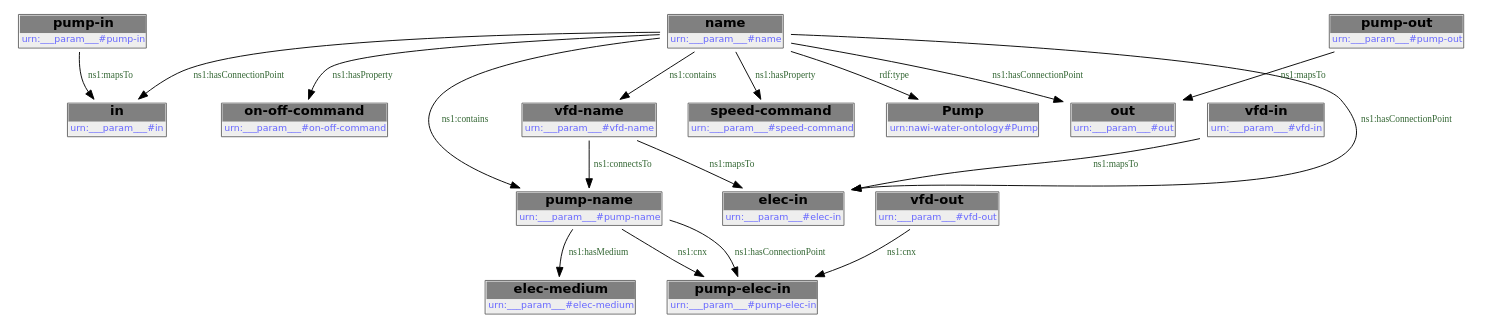
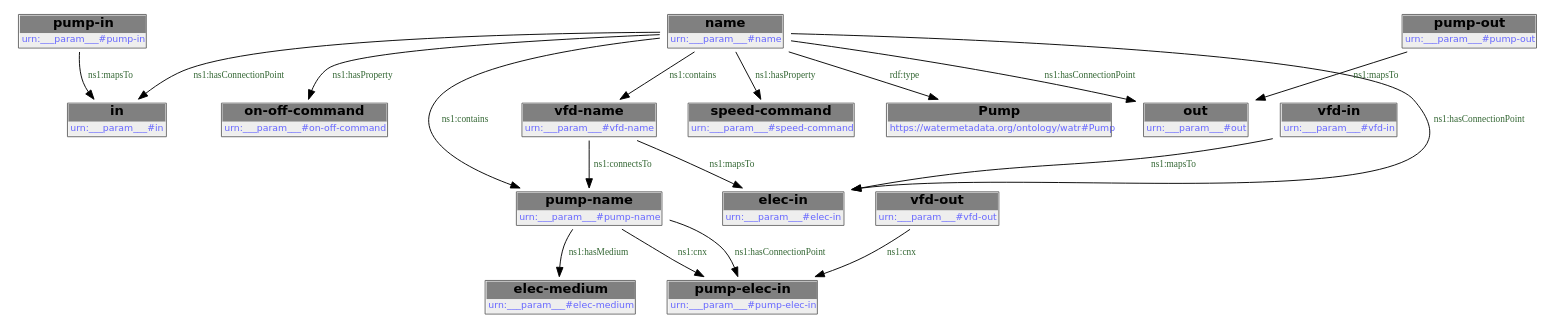
The first of 2 diagrams in docs/libraries/templates/pump-with-vfd.rst (DataDrivenCPS/water-ontology), drawn with Graphviz before and after one commit. The commit also changed other lines of this file and 43 other files, not shown here.

First line of the commit message:
feat: move ontology to https://watermetadata.org base URI

```diff
--- a/docs/libraries/templates/pump-with-vfd.rst
+++ b/docs/libraries/templates/pump-with-vfd.rst
@@ -177,37 +177,37 @@
         .. graphviz::
 
                 digraph G {
             node [fontname="DejaVu Sans"];
             node0 -> node1 [color=BLACK, label=< <font point-size='10' color='#336633'>rdf:type</font> >];
             node0 -> node2 [color=BLACK, label=< <font point-size='10' color='#336633'>ns1:hasConnectionPoint</font> >];
             node0 -> node3 [color=BLACK, label=< <font point-size='10' color='#336633'>ns1:hasConnectionPoint</font> >];
             node0 -> node4 [color=BLACK, label=< <font point-size='10' color='#336633'>ns1:hasConnectionPoint</font> >];
             node0 -> node5 [color=BLACK, label=< <font point-size='10' color='#336633'>ns1:hasProperty</font> >];
             node6 -> node7 [color=BLACK, label=< <font point-size='10' color='#336633'>ns1:connectsTo</font> >];
             node0 -> node6 [color=BLACK, label=< <font point-size='10' color='#336633'>ns1:contains</font> >];
             node8 -> node4 [color=BLACK, label=< <font point-size='10' color='#336633'>ns1:mapsTo</font> >];
             node0 -> node9 [color=BLACK, label=< <font point-size='10' color='#336633'>ns1:hasProperty</font> >];
             node7 -> node10 [color=BLACK, label=< <font point-size='10' color='#336633'>ns1:cnx</font> >];
             node0 -> node7 [color=BLACK, label=< <font point-size='10' color='#336633'>ns1:contains</font> >];
             node7 -> node10 [color=BLACK, label=< <font point-size='10' color='#336633'>ns1:hasConnectionPoint</font> >];
             node6 -> node2 [color=BLACK, label=< <font point-size='10' color='#336633'>ns1:mapsTo</font> >];
             node11 -> node3 [color=BLACK, label=< <font point-size='10' color='#336633'>ns1:mapsTo</font> >];
             node12 -> node10 [color=BLACK, label=< <font point-size='10' color='#336633'>ns1:cnx</font> >];
             node13 -> node2 [color=BLACK, label=< <font point-size='10' color='#336633'>ns1:mapsTo</font> >];
             node7 -> node14 [color=BLACK, label=< <font point-size='10' color='#336633'>ns1:hasMedium</font> >];
             node0 [shape=none, color=black, label=< <table color='#666666' cellborder='0' cellspacing='0' border='1'><tr><td colspan='2' bgcolor='grey'><B>name</B></td></tr><tr><td href='urn:___param___#name' bgcolor='#eeeeee' colspan='2'><font point-size='10' color='#6666ff'>urn:___param___#name</font></td></tr></table> >];
-            node1 [shape=none, color=black, label=< <table color='#666666' cellborder='0' cellspacing='0' border='1'><tr><td colspan='2' bgcolor='grey'><B>Pump</B></td></tr><tr><td href='urn:nawi-water-ontology#Pump' bgcolor='#eeeeee' colspan='2'><font point-size='10' color='#6666ff'>urn:nawi-water-ontology#Pump</font></td></tr></table> >];
+            node1 [shape=none, color=black, label=< <table color='#666666' cellborder='0' cellspacing='0' border='1'><tr><td colspan='2' bgcolor='grey'><B>Pump</B></td></tr><tr><td href='https://watermetadata.org/ontology/watr#Pump' bgcolor='#eeeeee' colspan='2'><font point-size='10' color='#6666ff'>https://watermetadata.org/ontology/watr#Pump</font></td></tr></table> >];
             node2 [shape=none, color=black, label=< <table color='#666666' cellborder='0' cellspacing='0' border='1'><tr><td colspan='2' bgcolor='grey'><B>elec-in</B></td></tr><tr><td href='urn:___param___#elec-in' bgcolor='#eeeeee' colspan='2'><font point-size='10' color='#6666ff'>urn:___param___#elec-in</font></td></tr></table> >];
             node3 [shape=none, color=black, label=< <table color='#666666' cellborder='0' cellspacing='0' border='1'><tr><td colspan='2' bgcolor='grey'><B>in</B></td></tr><tr><td href='urn:___param___#in' bgcolor='#eeeeee' colspan='2'><font point-size='10' color='#6666ff'>urn:___param___#in</font></td></tr></table> >];
             node4 [shape=none, color=black, label=< <table color='#666666' cellborder='0' cellspacing='0' border='1'><tr><td colspan='2' bgcolor='grey'><B>out</B></td></tr><tr><td href='urn:___param___#out' bgcolor='#eeeeee' colspan='2'><font point-size='10' color='#6666ff'>urn:___param___#out</font></td></tr></table> >];
             node5 [shape=none, color=black, label=< <table color='#666666' cellborder='0' cellspacing='0' border='1'><tr><td colspan='2' bgcolor='grey'><B>on-off-command</B></td></tr><tr><td href='urn:___param___#on-off-command' bgcolor='#eeeeee' colspan='2'><font point-size='10' color='#6666ff'>urn:___param___#on-off-command</font></td></tr></table> >];
             node6 [shape=none, color=black, label=< <table color='#666666' cellborder='0' cellspacing='0' border='1'><tr><td colspan='2' bgcolor='grey'><B>vfd-name</B></td></tr><tr><td href='urn:___param___#vfd-name' bgcolor='#eeeeee' colspan='2'><font point-size='10' color='#6666ff'>urn:___param___#vfd-name</font></td></tr></table> >];
             node7 [shape=none, color=black, label=< <table color='#666666' cellborder='0' cellspacing='0' border='1'><tr><td colspan='2' bgcolor='grey'><B>pump-name</B></td></tr><tr><td href='urn:___param___#pump-name' bgcolor='#eeeeee' colspan='2'><font point-size='10' color='#6666ff'>urn:___param___#pump-name</font></td></tr></table> >];
             node8 [shape=none, color=black, label=< <table color='#666666' cellborder='0' cellspacing='0' border='1'><tr><td colspan='2' bgcolor='grey'><B>pump-out</B></td></tr><tr><td href='urn:___param___#pump-out' bgcolor='#eeeeee' colspan='2'><font point-size='10' color='#6666ff'>urn:___param___#pump-out</font></td></tr></table> >];
             node9 [shape=none, color=black, label=< <table color='#666666' cellborder='0' cellspacing='0' border='1'><tr><td colspan='2' bgcolor='grey'><B>speed-command</B></td></tr><tr><td href='urn:___param___#speed-command' bgcolor='#eeeeee' colspan='2'><font point-size='10' color='#6666ff'>urn:___param___#speed-command</font></td></tr></table> >];
             node10 [shape=none, color=black, label=< <table color='#666666' cellborder='0' cellspacing='0' border='1'><tr><td colspan='2' bgcolor='grey'><B>pump-elec-in</B></td></tr><tr><td href='urn:___param___#pump-elec-in' bgcolor='#eeeeee' colspan='2'><font point-size='10' color='#6666ff'>urn:___param___#pump-elec-in</font></td></tr></table> >];
             node11 [shape=none, color=black, label=< <table color='#666666' cellborder='0' cellspacing='0' border='1'><tr><td colspan='2' bgcolor='grey'><B>pump-in</B></td></tr><tr><td href='urn:___param___#pump-in' bgcolor='#eeeeee' colspan='2'><font point-size='10' color='#6666ff'>urn:___param___#pump-in</font></td></tr></table> >];
             node12 [shape=none, color=black, label=< <table color='#666666' cellborder='0' cellspacing='0' border='1'><tr><td colspan='2' bgcolor='grey'><B>vfd-out</B></td></tr><tr><td href='urn:___param___#vfd-out' bgcolor='#eeeeee' colspan='2'><font point-size='10' color='#6666ff'>urn:___param___#vfd-out</font></td></tr></table> >];
             node13 [shape=none, color=black, label=< <table color='#666666' cellborder='0' cellspacing='0' border='1'><tr><td colspan='2' bgcolor='grey'><B>vfd-in</B></td></tr><tr><td href='urn:___param___#vfd-in' bgcolor='#eeeeee' colspan='2'><font point-size='10' color='#6666ff'>urn:___param___#vfd-in</font></td></tr></table> >];
             node14 [shape=none, color=black, label=< <table color='#666666' cellborder='0' cellspacing='0' border='1'><tr><td colspan='2' bgcolor='grey'><B>elec-medium</B></td></tr><tr><td href='urn:___param___#elec-medium' bgcolor='#eeeeee' colspan='2'><font point-size='10' color='#6666ff'>urn:___param___#elec-medium</font></td></tr></table> >];
             }
```
